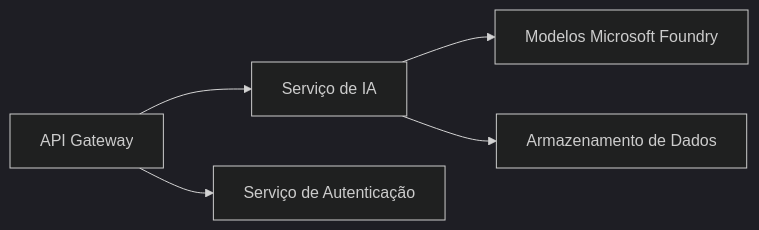
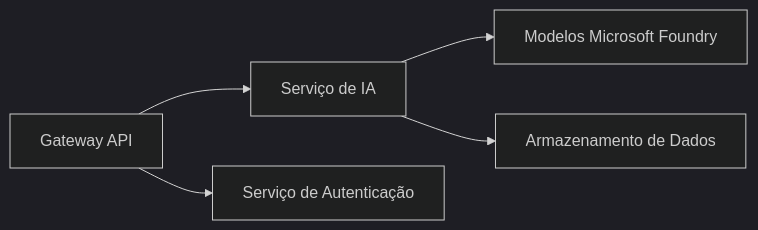
Before and after one commit to microsoft/AZD-for-beginners: the first of 2 diagrams in translations/pt-PT/docs/chapter-08-production/README.md, drawn with Mermaid (dark theme). The commit also changed other lines of this file and 3 other files, not shown here.

````diff
--- a/translations/pt-PT/docs/chapter-08-production/README.md
+++ b/translations/pt-PT/docs/chapter-08-production/README.md
@@ -48,6 +48,6 @@
 ```mermaid
 graph LR
-    Gateway[API Gateway] --> AI[Serviço de IA] --> Models[Modelos Microsoft Foundry]
+    Gateway[Gateway API] --> AI[Serviço de IA] --> Models[Modelos Microsoft Foundry]
     Gateway --> Auth[Serviço de Autenticação]
     AI --> Data[Armazenamento de Dados]
 ```
````
